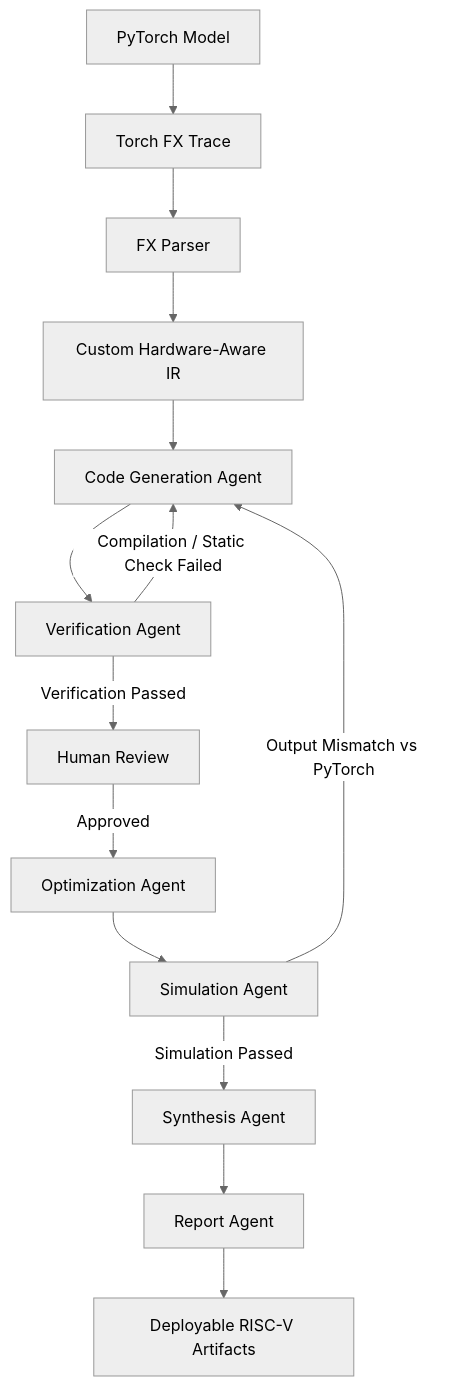
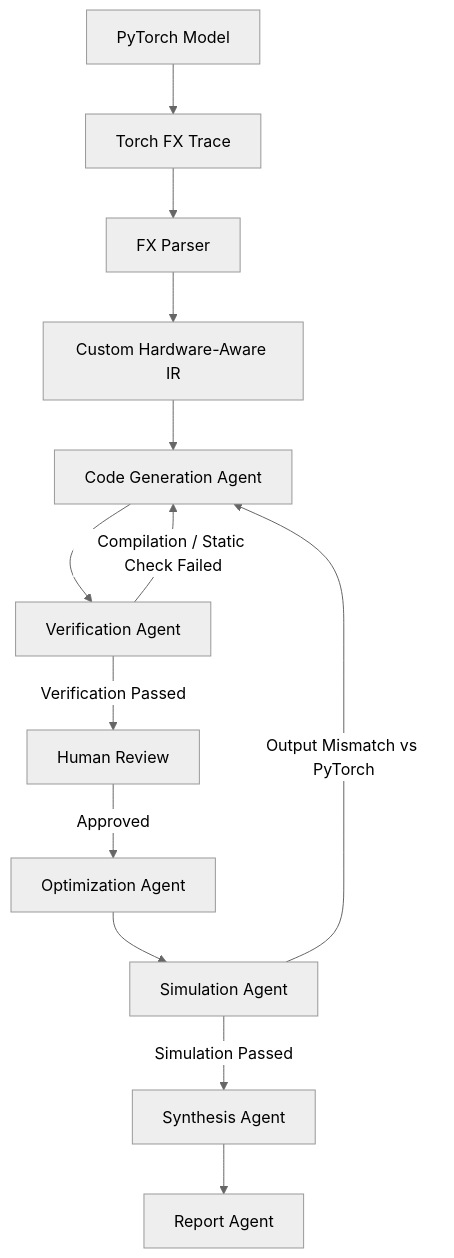
One commit to ashwin17083/customriscv changed the second of 2 diagrams in IMPLEMENTATION_PLAN.md. Above: the diagram before and after it, drawn with Mermaid (neutral theme).

````diff
--- a/IMPLEMENTATION_PLAN.md
+++ b/IMPLEMENTATION_PLAN.md
@@ -33,25 +33,24 @@
 ```mermaid
 graph TD
 A[PyTorch Model] --> B[Torch FX Trace]
 B --> C[FX Parser]
 C --> D[Custom Hardware-Aware IR]
 
 D --> E[Code Generation Agent]
 E --> F[Verification Agent]
 
 F -->|Compilation / Static Check Failed| E
 
 F -->|Verification Passed| G[Human Review]
 
 G -->|Approved| H[Optimization Agent]
 
 H --> I[Simulation Agent]
 
 I -->|Output Mismatch vs PyTorch| E
 
 I -->|Simulation Passed| J[Synthesis Agent]
 
 J --> K[Report Agent]
 
-K --> L[Deployable RISC-V Artifacts]
 ```
````
